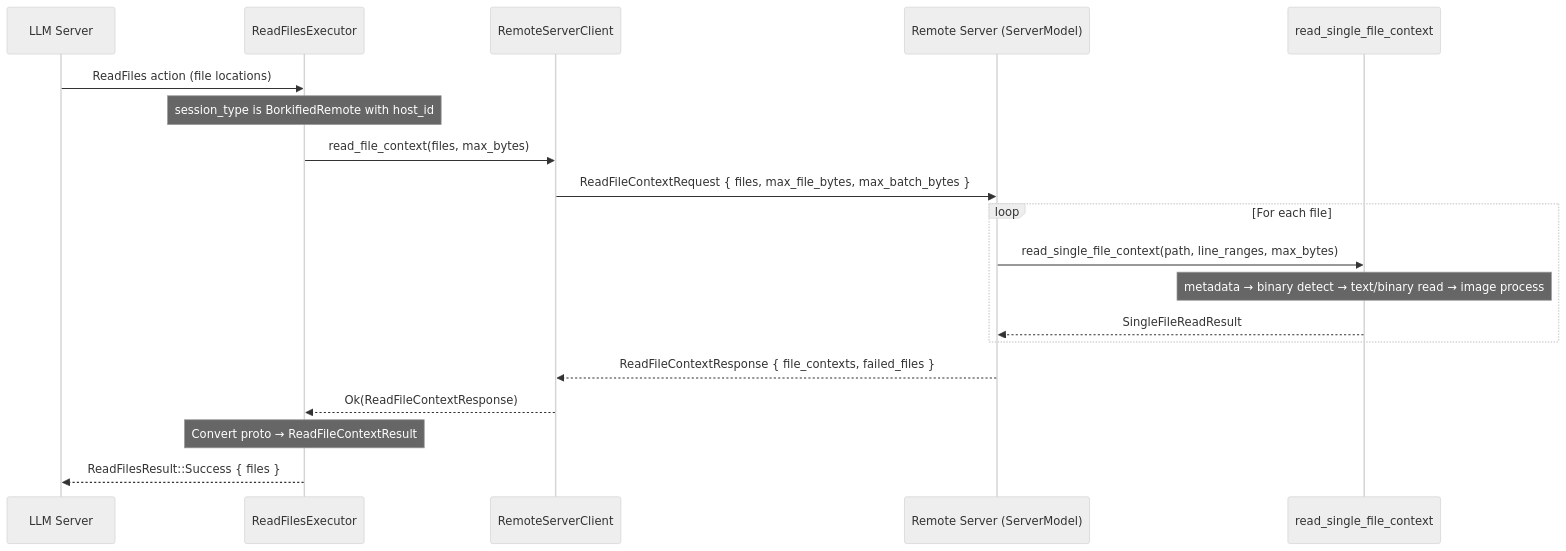
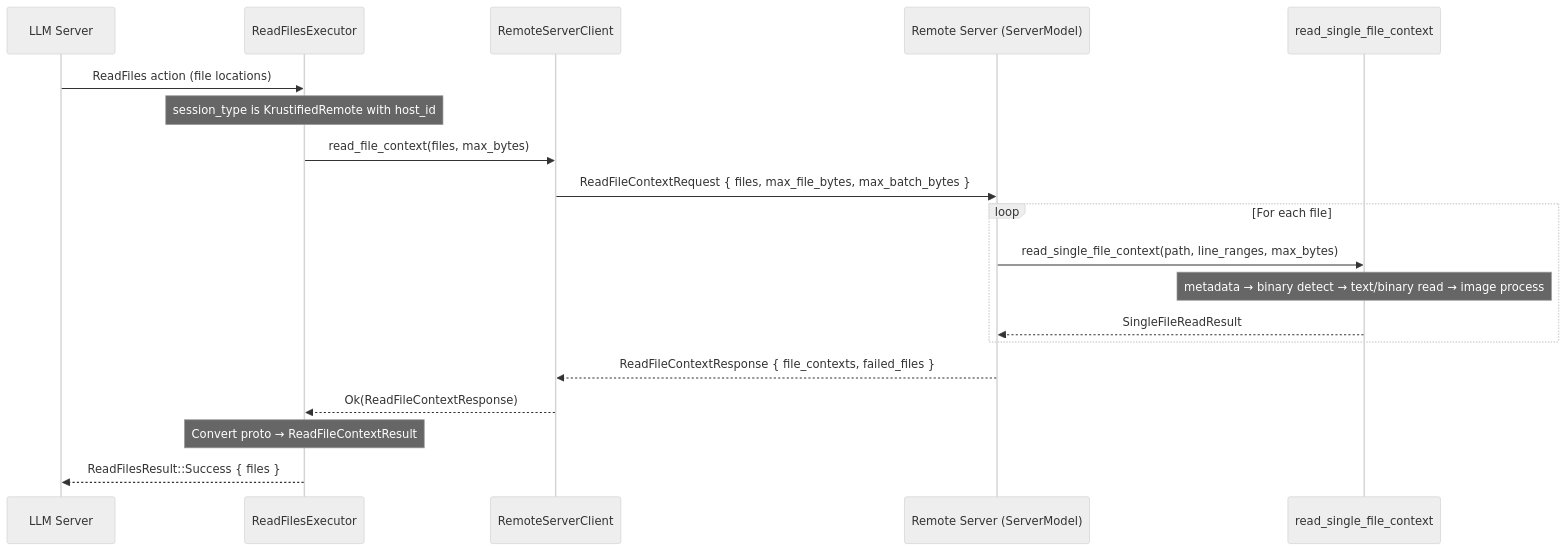
One commit to antikrust/krust-terminal changed the diagram in specs/APP-3790/TECH-remote-read-files.md. Above: the diagram before and after it, drawn with Mermaid (neutral theme). The commit also changed other lines of this file and 4480 other files, not shown here.

````diff
--- a/specs/APP-3790/TECH-remote-read-files.md
+++ b/specs/APP-3790/TECH-remote-read-files.md
@@ -155,26 +155,26 @@
 ```mermaid
 sequenceDiagram
     participant LLM as LLM Server
     participant Executor as ReadFilesExecutor
     participant Client as RemoteServerClient
     participant Server as Remote Server (ServerModel)
     participant Shared as read_single_file_context
 
     LLM->>Executor: ReadFiles action (file locations)
-    Note over Executor: session_type is BorkifiedRemote with host_id
+    Note over Executor: session_type is KrustifiedRemote with host_id
 
     Executor->>Client: read_file_context(files, max_bytes)
     Client->>Server: ReadFileContextRequest { files, max_file_bytes, max_batch_bytes }
 
     loop For each file
         Server->>Shared: read_single_file_context(path, line_ranges, max_bytes)
         Note over Shared: metadata → binary detect → text/binary read → image process
         Shared-->>Server: SingleFileReadResult
     end
 
     Server-->>Client: ReadFileContextResponse { file_contexts, failed_files }
     Client-->>Executor: Ok(ReadFileContextResponse)
 
     Note over Executor: Convert proto → ReadFileContextResult
     Executor-->>LLM: ReadFilesResult::Success { files }
 ```
````
